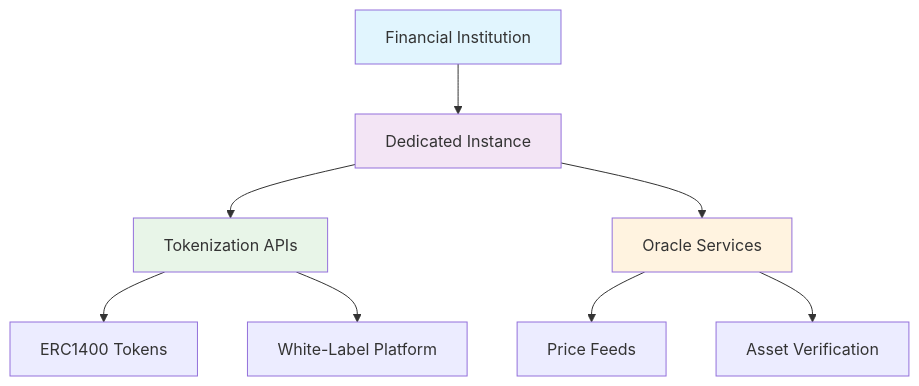
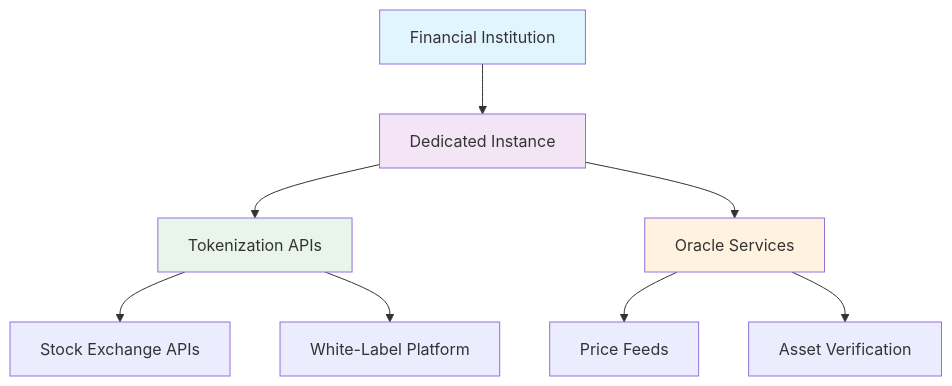
The diagram in protocol-architecture.mdx (Paulilami/documentation), drawn with Mermaid before and after one commit. The commit also changed 1 other file, not shown here.

````diff
--- a/protocol-architecture.mdx
+++ b/protocol-architecture.mdx
@@ -61,15 +61,15 @@
 ```mermaid
 flowchart TD
     A[Financial Institution] --> B[Dedicated Instance]
     B --> C[Tokenization APIs]
     B --> D[Oracle Services]
-    C --> E[ERC1400 Tokens]
+    C --> E[Stock Exchange APIs]
     C --> F[White-Label Platform]
     D --> G[Price Feeds]
     D --> H[Asset Verification]
     
     style A fill:#e1f5fe
     style B fill:#f3e5f5
     style C fill:#e8f5e8
     style D fill:#fff3e0
 ```
````
